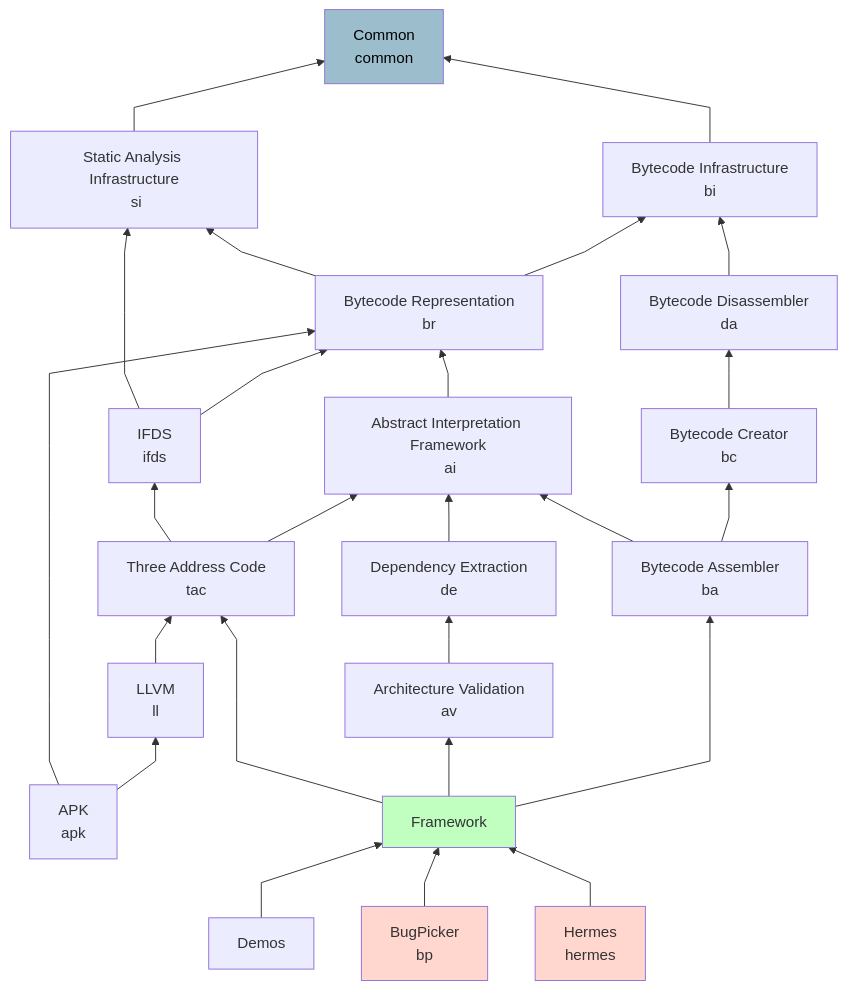
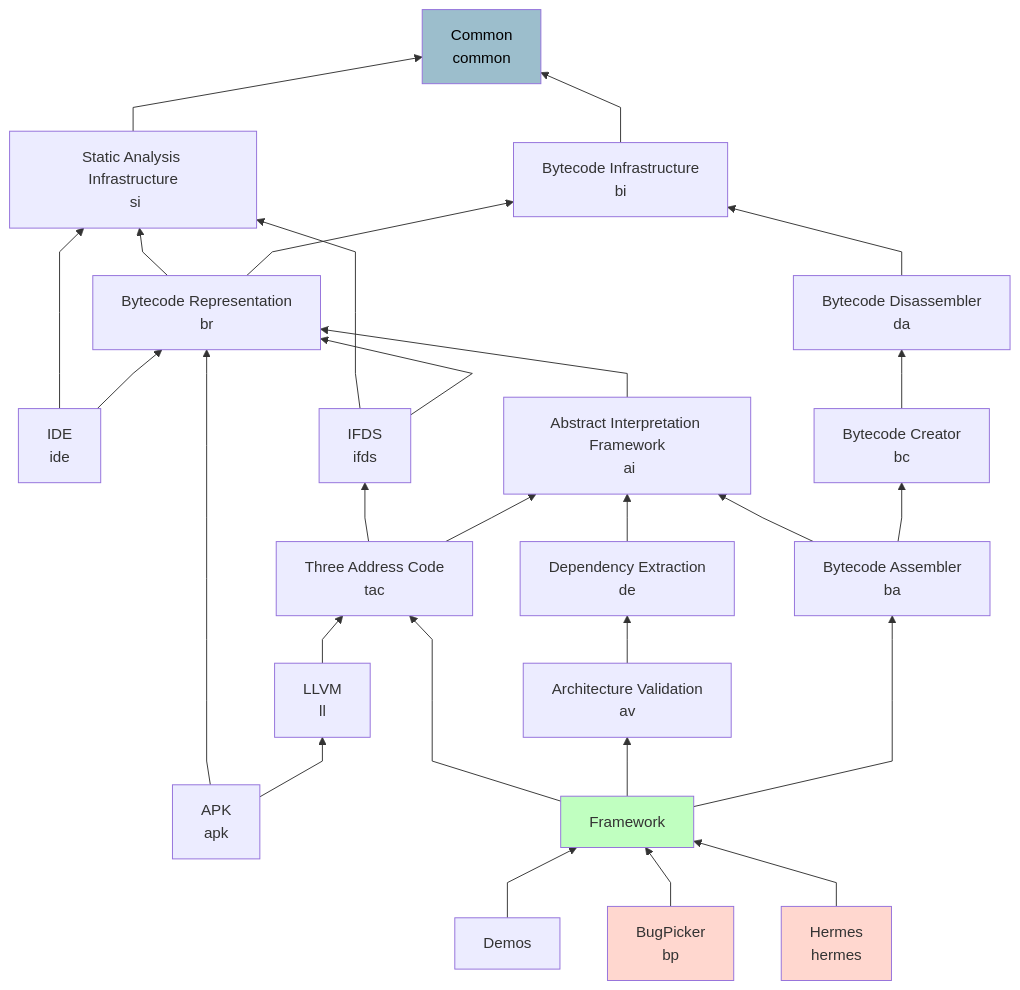
The diagram in OPAL/ProjectDependencies.mmd (opalj/opal), drawn with Mermaid before and after one commit. The commit also changed 8 other files, not shown here.

```diff
--- a/OPAL/ProjectDependencies.mmd
+++ b/OPAL/ProjectDependencies.mmd
@@ -1,71 +1,75 @@
 %%{ init: { 'flowchart': { 'curve': 'linear' } } }%%
 flowchart BT
     
     common[Common\n common]
 
     si[Static Analysis Infrastructure\n si]
     bi[Bytecode Infrastructure\n bi]
 
     br[Bytecode Representation\n br]
     da[Bytecode Disassembler\n da]
 
+    ide[IDE\n ide]
     ifds[IFDS\n ifds]
     ai[Abstract Interpretation Framework\n ai]
     bc[Bytecode Creator\n bc]
 
     tac[Three Address Code\n tac]
     de[Dependency Extraction\n de]
     ba[Bytecode Assembler\n ba]
 
     ll[LLVM\n ll]
     apk[APK\n apk]
     av[Architecture Validation\n av]
 
     framework[Framework]
 
     demos[Demos]
     bp[BugPicker\n bp]
     hermes[Hermes\n hermes]
 
     style common fill:#9cbecc,color:black
     style framework fill:#c0ffc0
     style bp fill:#ffd7cf
     style hermes fill:#ffd7cf
 
     si --> common
 
     bi --> common
 
     br --> si
     br --> bi
     da --> bi
 
+    ide --> si
+    ide --> br
+
     ifds --> si
     ifds --> br
 
     ai --> br
 
     bc --> da
 
     de --> ai
 
     tac --> ifds
     tac --> ai
 
     ll --> tac
 
     apk --> br
     apk --> ll
 
     ba --> ai
     ba --> bc
 
     av --> de
 
     framework --> tac
     framework --> av
     framework --> ba
     
     demos --> framework
     bp --> framework
     hermes --> framework
```
